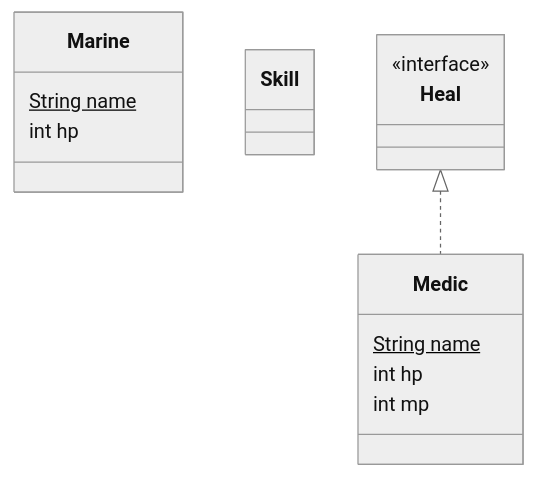
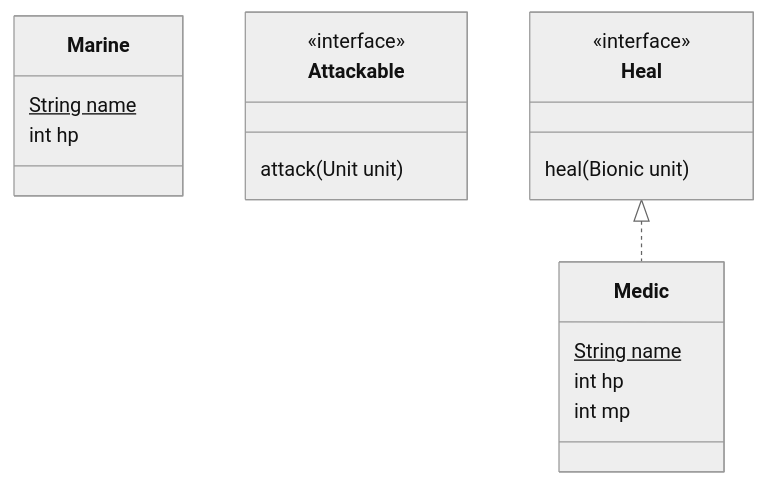
One commit to choiexe1/local changed the diagram in Daily/2025-03-20.md. Above: the diagram before and after it, drawn with Mermaid (neutral theme).

Commit message:
vault backup: 2025-03-20 11:53:28

````diff
--- a/Daily/2025-03-20.md
+++ b/Daily/2025-03-20.md
@@ -18,24 +18,26 @@
 ```mermaid
 classDiagram
 
 class Marine {
 	String name$
 	int hp
 }
 
-class Skill {
-	
+class Attackable {
+	<<interface>>
+	attack(Unit unit)
 }
 
 class Heal {
 	<<interface>>
+	heal(Bionic unit)
 }
 
 class Medic {
 	String name$
 	int hp
 	int mp
 }
 
 Heal <|.. Medic
 ```
````
